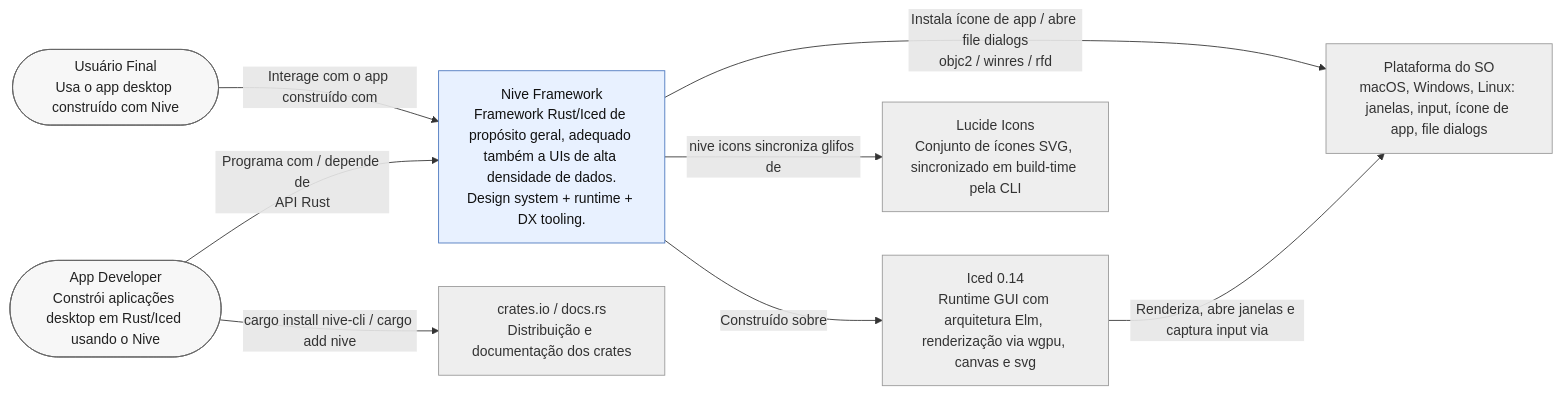
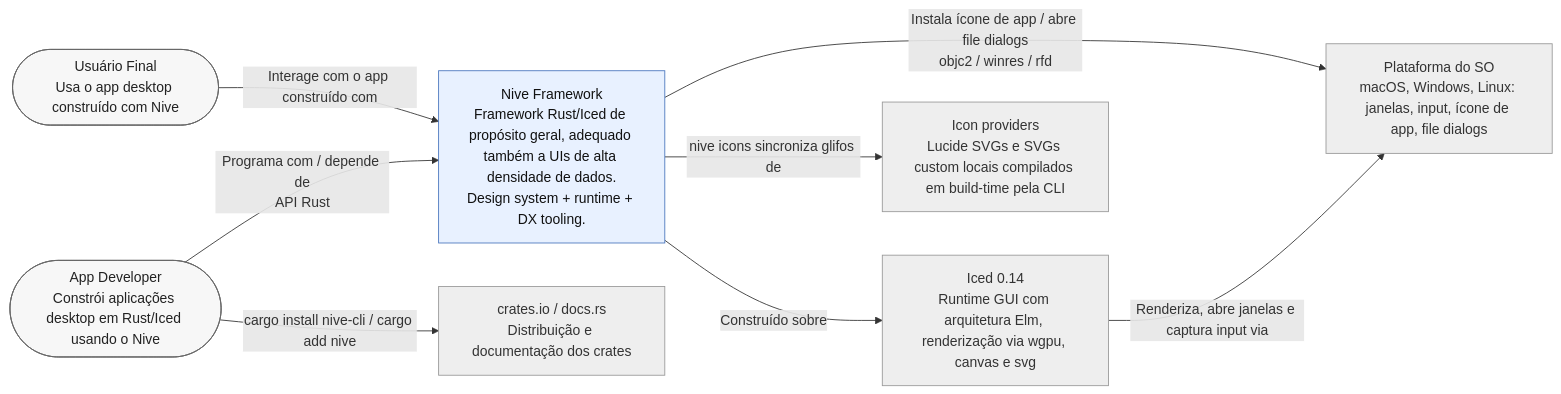
The diagram in docs/architecture/context.md (JirlanSouza/nive), drawn with Mermaid before and after one commit. The commit also changed 10 other files, not shown here.

First line of the commit message:
docs: update guides, architecture, and roadmap for new icon system

````diff
--- a/docs/architecture/context.md
+++ b/docs/architecture/context.md
@@ -6,27 +6,27 @@
 ```mermaid
 flowchart LR
     dev([App Developer<br/>Constrói aplicações desktop em Rust/Iced usando o Nive])
     user([Usuário Final<br/>Usa o app desktop construído com Nive])
 
     nive["Nive Framework<br/>Framework Rust/Iced de propósito geral, adequado também a UIs de alta densidade de dados.<br/>Design system + runtime + DX tooling."]
 
     iced["Iced 0.14<br/>Runtime GUI com arquitetura Elm, renderização via wgpu, canvas e svg"]
     os["Plataforma do SO<br/>macOS, Windows, Linux: janelas, input, ícone de app, file dialogs"]
     registry["crates.io / docs.rs<br/>Distribuição e documentação dos crates"]
-    lucide["Lucide Icons<br/>Conjunto de ícones SVG, sincronizado em build-time pela CLI"]
+    icons["Icon providers<br/>Lucide SVGs e SVGs custom locais compilados em build-time pela CLI"]
 
     dev -->|Programa com / depende de<br/>API Rust| nive
     user -->|Interage com o app construído com| nive
     nive -->|Construído sobre| iced
     iced -->|Renderiza, abre janelas e captura input via| os
     nive -->|Instala ícone de app / abre file dialogs<br/>objc2 / winres / rfd| os
     dev -->|cargo install nive-cli / cargo add nive| registry
-    nive -->|nive icons sincroniza glifos de| lucide
+    nive -->|nive icons sincroniza glifos de| icons
 
     classDef person fill:#f7f7f7,stroke:#666,color:#222;
     classDef system fill:#e8f1ff,stroke:#4b77be,color:#111;
     classDef external fill:#eee,stroke:#999,color:#333;
     class dev,user person;
     class nive system;
-    class iced,os,registry,lucide external;
+    class iced,os,registry,icons external;
 ```
````
